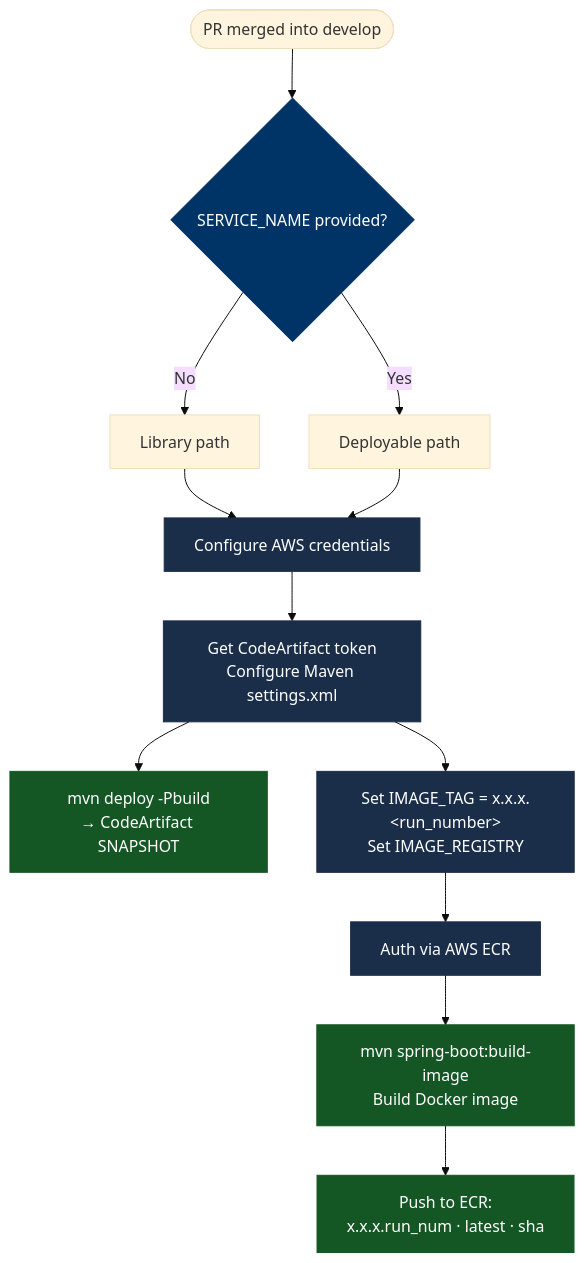
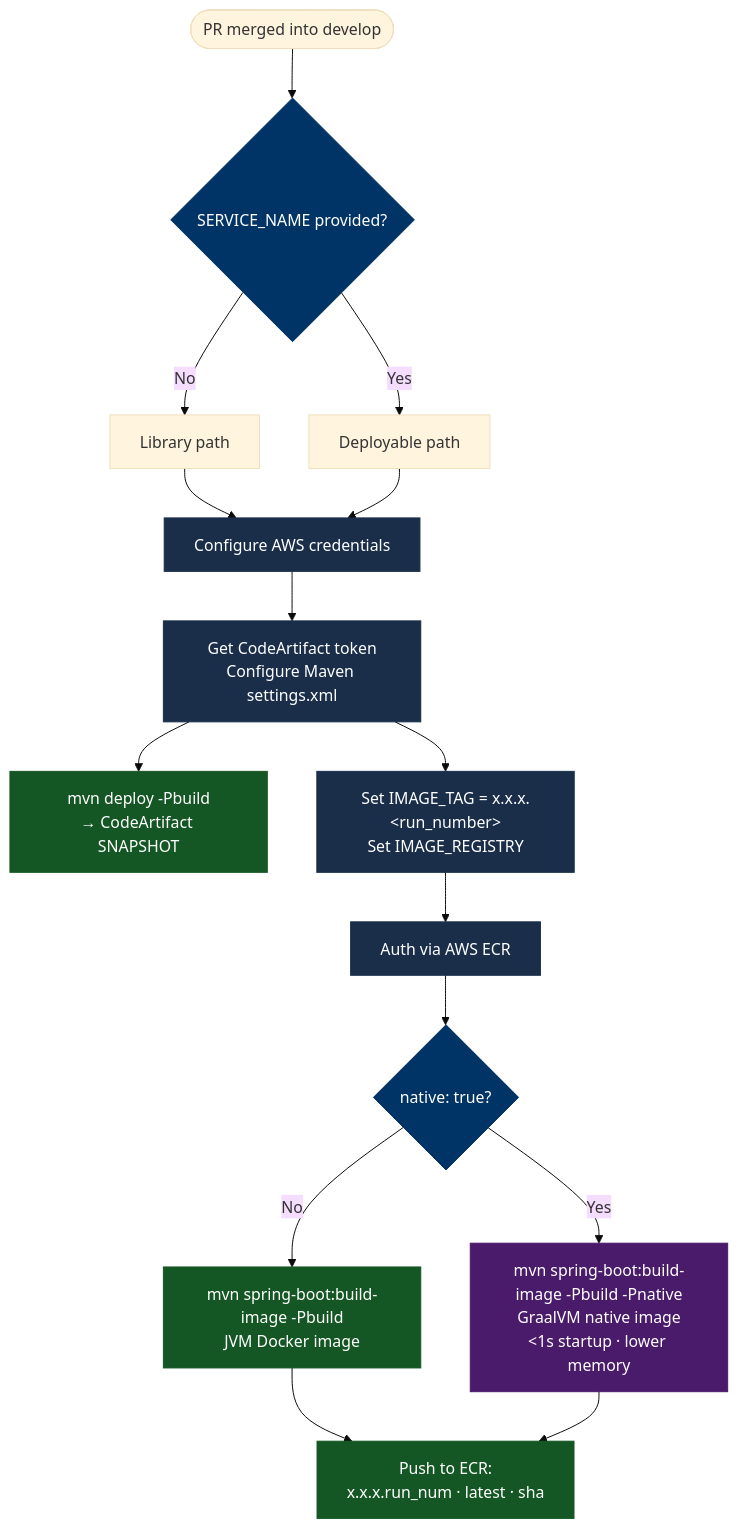
Before and after one commit to awesomaticza/github-workflows: the diagram in website/docs/workflows/build.md, drawn with Mermaid (base theme). The commit also changed other lines of this file and 3 other files, not shown here.

First line of the commit message:
feat: add optional native input for GraalVM native image builds

````diff
--- a/website/docs/workflows/build.md
+++ b/website/docs/workflows/build.md
@@ -13,26 +13,33 @@
 ```mermaid
 flowchart TD
     A([PR merged into develop]) --> B{SERVICE_NAME provided?}
 
     B -- No --> LIB_PATH["Library path"]
     B -- Yes --> DEP_PATH["Deployable path"]
 
     LIB_PATH --> AUTH["Configure AWS credentials"]
     DEP_PATH --> AUTH
 
     AUTH --> CA_TOKEN["Get CodeArtifact token<br/>Configure Maven settings.xml"]
     CA_TOKEN --> LIB_BUILD["mvn deploy -Pbuild<br/>→ CodeArtifact SNAPSHOT"]
 
     CA_TOKEN --> SET_VARS["Set IMAGE_TAG = x.x.x.&lt;run_number&gt;<br/>Set IMAGE_REGISTRY"]
     SET_VARS --> ECR_LOGIN["Auth via AWS ECR"]
-    ECR_LOGIN --> DEP_BUILD["mvn spring-boot:build-image<br/>Build Docker image"]
-    DEP_BUILD --> PUSH["Push to ECR:<br/>x.x.x.run_num · latest · sha"]
+    ECR_LOGIN --> NATIVE{native: true?}
+
+    NATIVE -- No --> JVM_BUILD["mvn spring-boot:build-image -Pbuild<br/>JVM Docker image"]
+    NATIVE -- Yes --> NATIVE_BUILD["mvn spring-boot:build-image -Pbuild -Pnative<br/>GraalVM native image<br/>&lt;1s startup · lower memory"]
+
+    JVM_BUILD --> PUSH["Push to ECR:<br/>x.x.x.run_num · latest · sha"]
+    NATIVE_BUILD --> PUSH
 
     classDef step fill:#1a2e4a,stroke:#1a2e4a,color:#ffffff
     classDef decision fill:#003366,stroke:#003366,color:#ffffff
     classDef artifact fill:#155724,stroke:#155724,color:#ffffff
+    classDef native fill:#4a1a6b,stroke:#4a1a6b,color:#ffffff
 
     class AUTH,CA_TOKEN,SET_VARS,ECR_LOGIN step
-    class B decision
-    class LIB_BUILD,DEP_BUILD,PUSH artifact
+    class B,NATIVE decision
+    class LIB_BUILD,JVM_BUILD,PUSH artifact
+    class NATIVE_BUILD native
 ```
````
